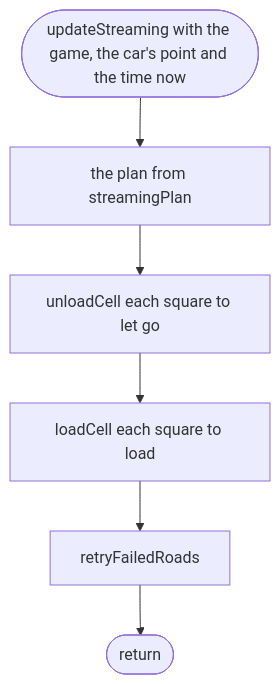
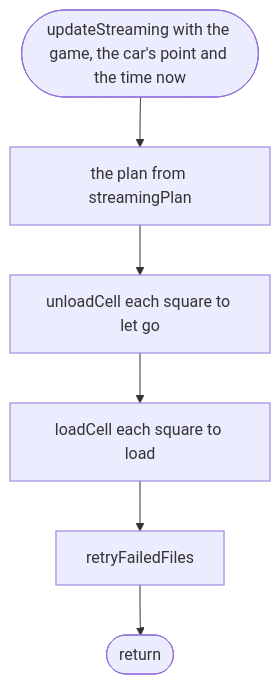
Before and after one commit to NewDara-Star/world-engine: the tenth of 10 diagrams in docs/designs/src/game/streaming.md, drawn with Mermaid. The commit also changed other lines of this file and 306 other files, not shown here.

````diff
--- a/docs/designs/src/game/streaming.md
+++ b/docs/designs/src/game/streaming.md
@@ -109,10 +181,10 @@
 ```mermaid
 flowchart TD
   s(["updateStreaming with the game, the car's point and the time now"])
   a["the plan from streamingPlan"]
   b["unloadCell each square to let go"]
   c["loadCell each square to load"]
-  d["retryFailedRoads"]
+  d["retryFailedFiles"]
   e(["return"])
   s --> a --> b --> c --> d --> e
 ```
````
